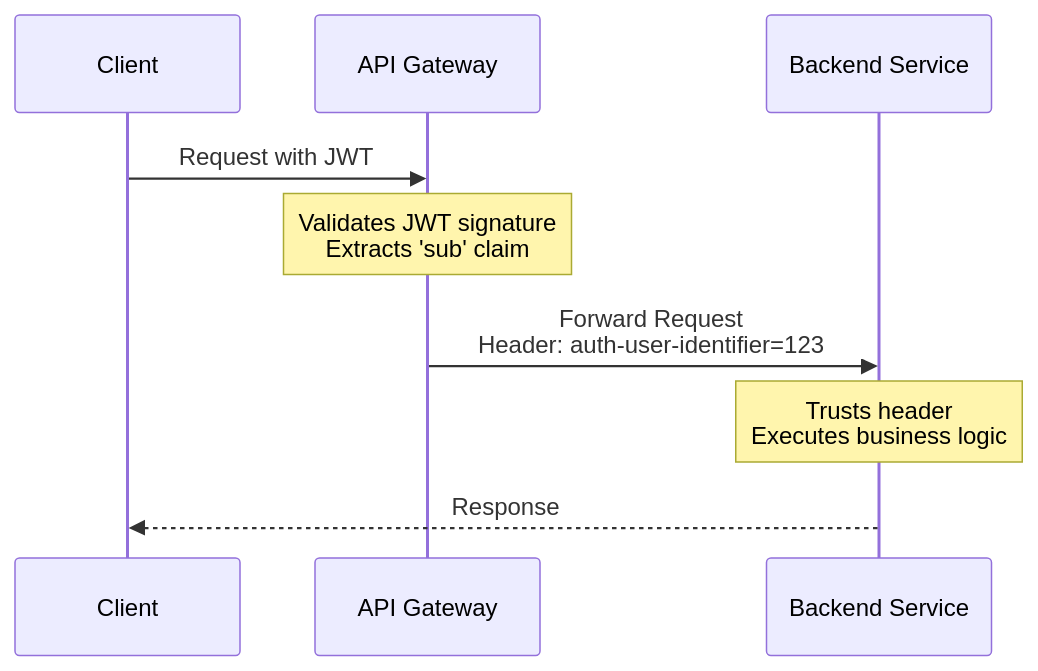
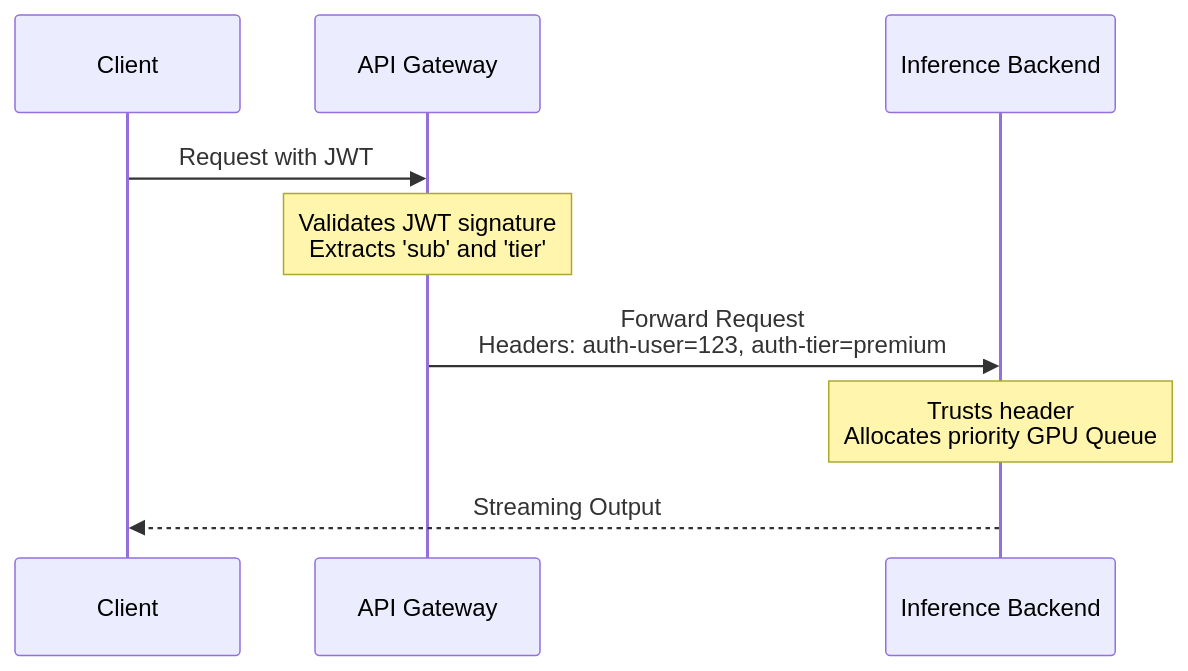
The sixth of 7 diagrams in authnz_obs.md (susmitpy/talks), drawn with Mermaid before and after one commit. The commit also changed other lines of this file, not shown here.

Commit message:
Refine AuthN/Z and Observability presentation content for clarity and focus on GenAI applications

````diff
--- a/authnz_obs.md
+++ b/authnz_obs.md
@@ -357,12 +329,12 @@
 ```mermaid
 sequenceDiagram
     participant C as Client
     participant G as API Gateway
-    participant B as Backend Service
+    participant B as Inference Backend
 
     C->>G: Request with JWT
-    Note over G: Validates JWT signature<br/>Extracts 'sub' claim
-    G->>B: Forward Request<br/>Header: auth-user-identifier=123
-    Note over B: Trusts header<br/>Executes business logic
-    B-->>C: Response
+    Note over G: Validates JWT signature<br/>Extracts 'sub' and 'tier'
+    G->>B: Forward Request<br/>Headers: auth-user=123, auth-tier=premium
+    Note over B: Trusts header<br/>Allocates priority GPU Queue
+    B-->>C: Streaming Output
 ```
````
